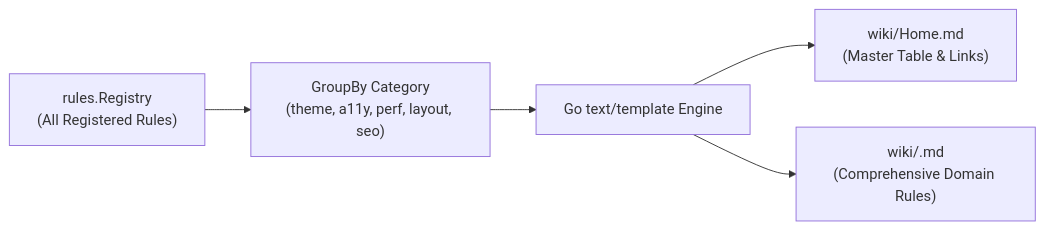
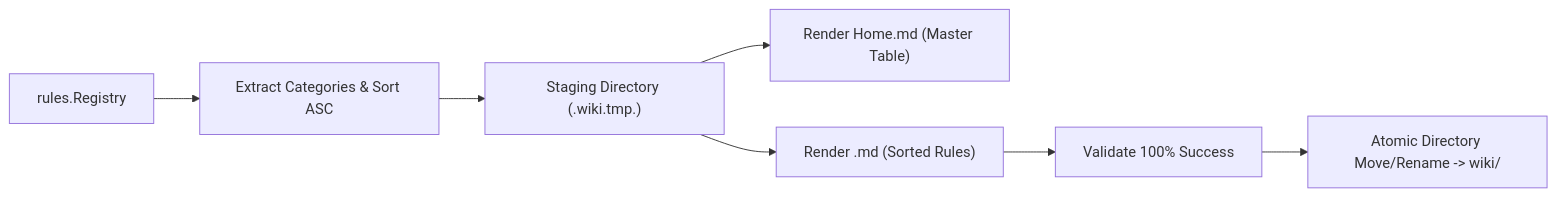
Before and after one commit to will2469/charites: the second of 2 diagrams in docs/02-architecture/07-mcp.md, drawn with Mermaid. The commit also changed other lines of this file and 4 other files, not shown here.

````diff
--- a/docs/02-architecture/07-mcp.md
+++ b/docs/02-architecture/07-mcp.md
@@ -99,7 +120,9 @@
 ```mermaid
 flowchart LR
-    Registry["rules.Registry\n(All Registered Rules)"] --> GroupBy["GroupBy Category\n(theme, a11y, perf, layout, seo)"]
-    GroupBy --> Templating["Go text/template Engine"]
-    Templating --> HomeDoc["wiki/Home.md\n(Master Table & Links)"]
-    Templating --> DomainDocs["wiki/<domain>.md\n(Comprehensive Domain Rules)"]
+    Registry["rules.Registry"] --> Extract["Extract Categories & Sort ASC"]
+    Extract --> TempDir["Staging Directory (.wiki.tmp.<pid>)"]
+    TempDir --> RenderHome["Render Home.md (Master Table)"]
+    TempDir --> RenderDomains["Render <category>.md (Sorted Rules)"]
+    RenderDomains --> Validate["Validate 100% Success"]
+    Validate --> AtomicRename["Atomic Directory Move/Rename -> wiki/"]
 ```
````
